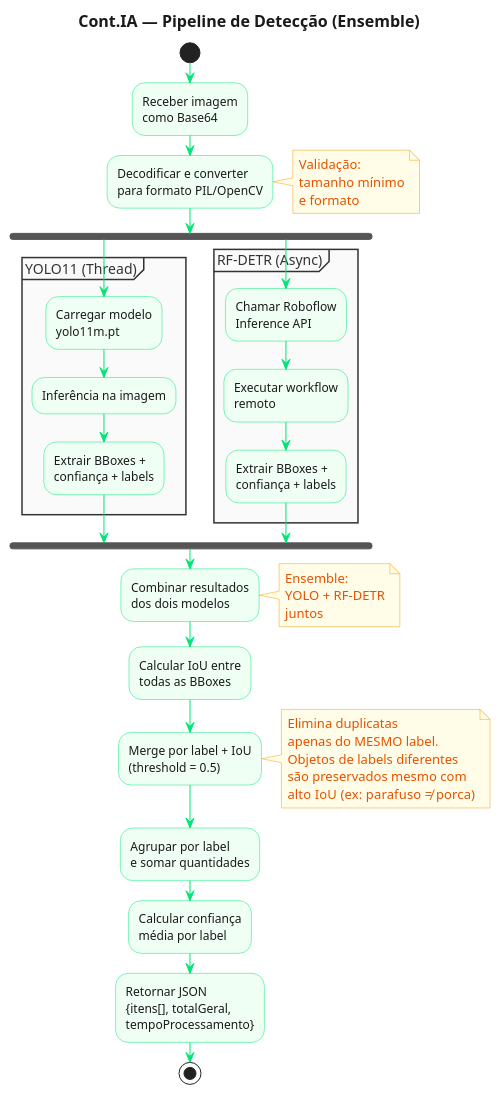
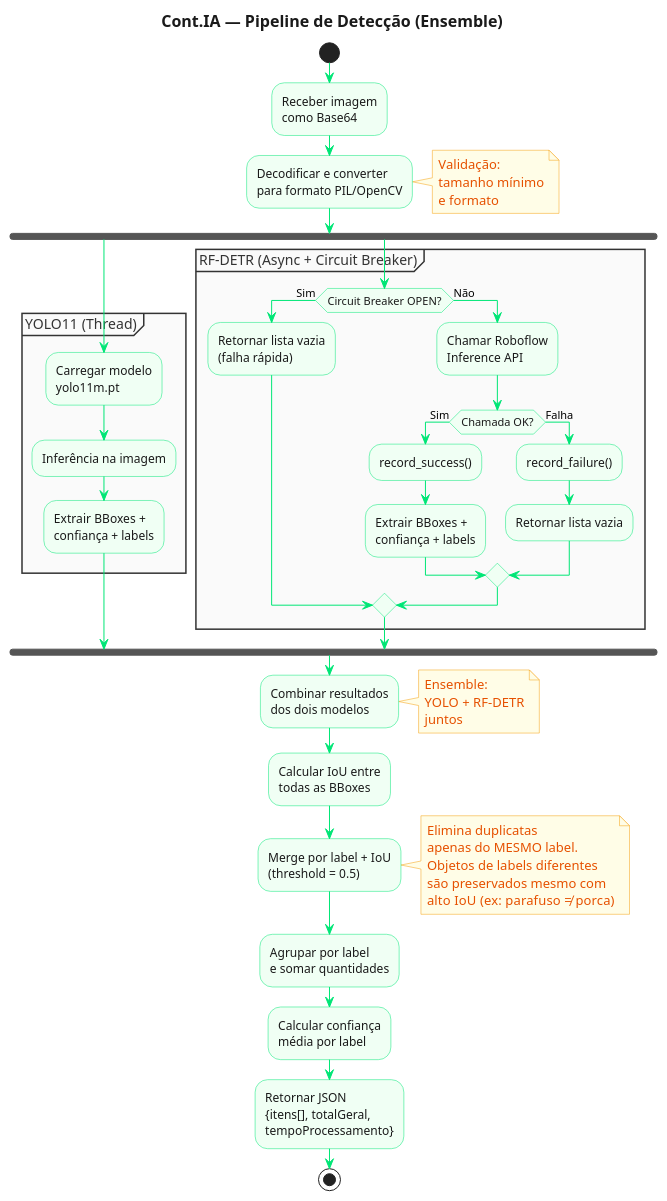
The diagram in docs/diagramas/08_pipeline.puml (JuBertoldo/cont-ia), drawn with PlantUML before and after one commit. The commit also changed 9 other files, not shown here.

First line of the commit message:
feat: resiliência de nível produção — retry, offline queue, circuit breaker e índices

```diff
--- a/docs/diagramas/08_pipeline.puml
+++ b/docs/diagramas/08_pipeline.puml
@@ -1,73 +1,82 @@
 @startuml 08_pipeline
 !pragma layout smetana
 title Cont.IA — Pipeline de Detecção (Ensemble)
 
 skinparam backgroundColor #FFFFFF
 skinparam activityBackgroundColor #F0FFF4
 skinparam activityBorderColor #00E676
 skinparam activityFontColor #1A1A1A
 skinparam arrowColor #00E676
 skinparam titleFontColor #1A1A1A
 skinparam titleFontSize 16
 skinparam partitionBackgroundColor #FAFAFA
 skinparam partitionBorderColor #333333
 skinparam partitionFontColor #333333
 skinparam noteBackgroundColor #FFFDE7
 skinparam noteBorderColor #F59E0B
 skinparam noteFontColor #E65100
 
 start
 
 :Receber imagem\ncomo Base64;
 
 :Decodificar e converter\npara formato PIL/OpenCV;
 
 note right
   Validação:
   tamanho mínimo
   e formato
 end note
 
 fork
     partition "YOLO11 (Thread)" {
         :Carregar modelo\nyolo11m.pt;
         :Inferência na imagem;
         :Extrair BBoxes +\nconfiança + labels;
     }
 fork again
-    partition "RF-DETR (Async)" {
-        :Chamar Roboflow\nInference API;
-        :Executar workflow\nremoto;
-        :Extrair BBoxes +\nconfiança + labels;
+    partition "RF-DETR (Async + Circuit Breaker)" {
+        if (Circuit Breaker OPEN?) then (Sim)
+            :Retornar lista vazia\n(falha rápida);
+        else (Não)
+            :Chamar Roboflow\nInference API;
+            if (Chamada OK?) then (Sim)
+                :record_success();
+                :Extrair BBoxes +\nconfiança + labels;
+            else (Falha)
+                :record_failure();
+                :Retornar lista vazia;
+            endif
+        endif
     }
 end fork
 
 :Combinar resultados\ndos dois modelos;
 
 note right
   Ensemble:
   YOLO + RF-DETR
   juntos
 end note
 
 :Calcular IoU entre\ntodas as BBoxes;
 
 :Merge por label + IoU\n(threshold = 0.5);
 
 note right
   Elimina duplicatas
   apenas do MESMO label.
   Objetos de labels diferentes
   são preservados mesmo com
   alto IoU (ex: parafuso ≠ porca)
 end note
 
 :Agrupar por label\ne somar quantidades;
 
 :Calcular confiança\nmédia por label;
 
 :Retornar JSON\n{itens[], totalGeral,\ntempoProcessamento};
 
 stop
 
 @enduml
```
